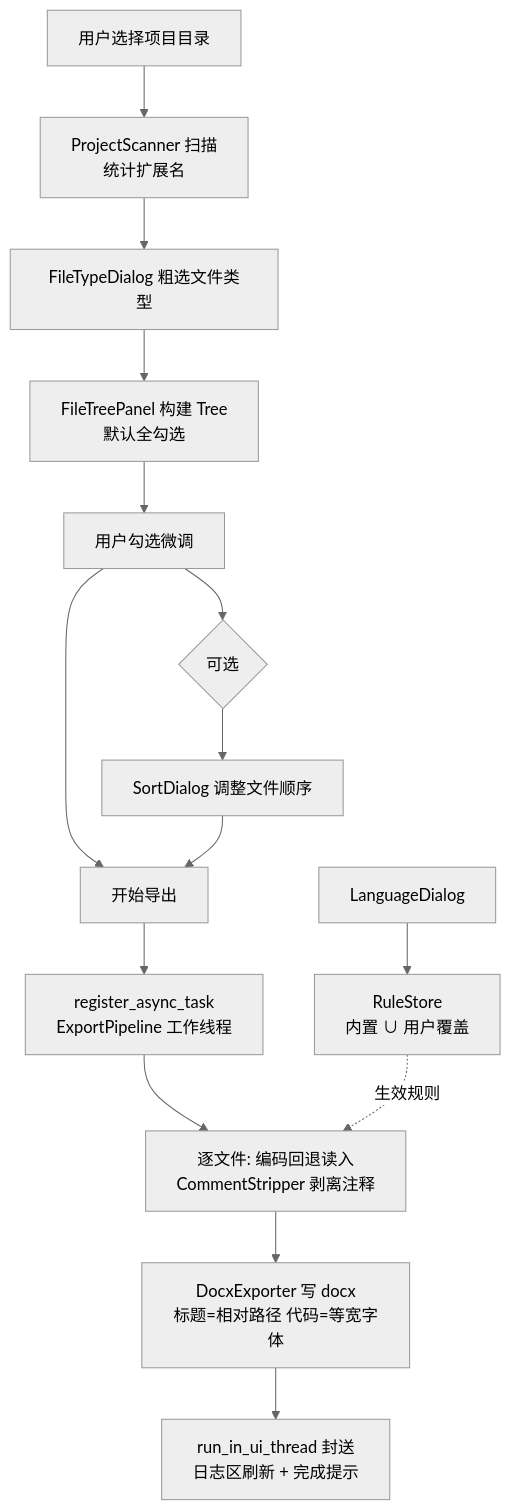
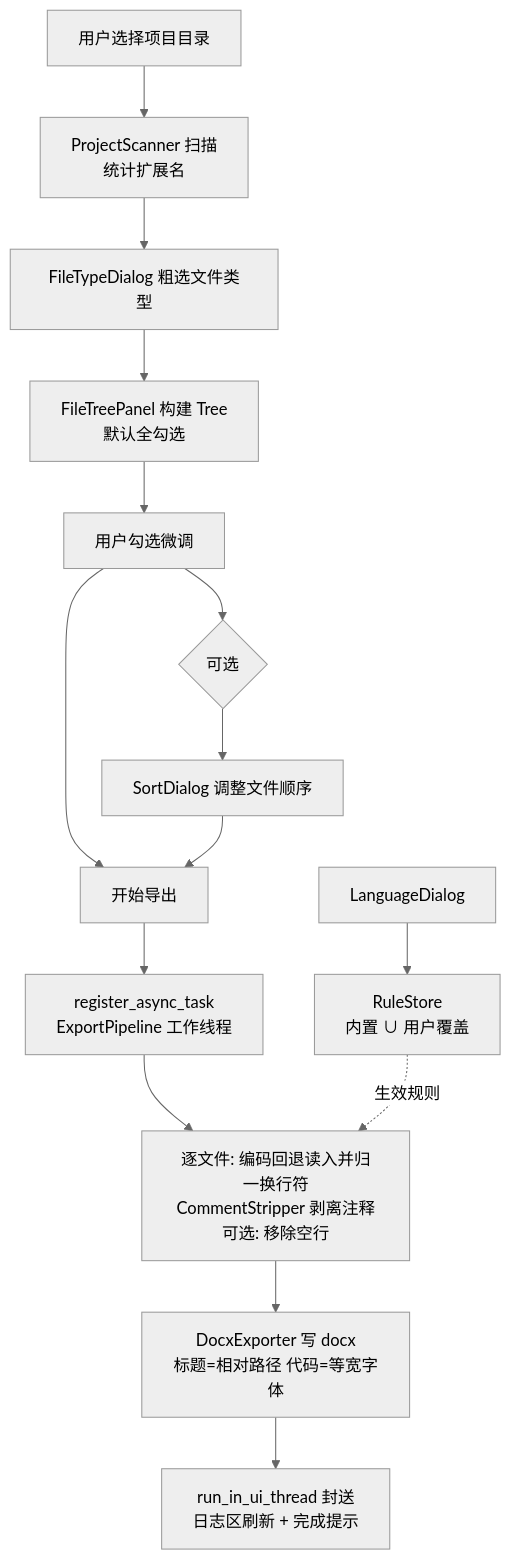
The first of 4 diagrams in pure-code/docs/req/2026-09-07/SPEC-pure-code-20260907.md (Ender-William/PureCode), drawn with Mermaid (neutral theme) before and after one commit. The commit also changed other lines of this file and 1 other file, not shown here.

````diff
--- a/pure-code/docs/req/2026-09-07/SPEC-pure-code-20260907.md
+++ b/pure-code/docs/req/2026-09-07/SPEC-pure-code-20260907.md
@@ -85,17 +91,17 @@
 ```mermaid
 flowchart TD
     A[用户选择项目目录] --> B[ProjectScanner 扫描<br/>统计扩展名]
     B --> C[FileTypeDialog 粗选文件类型]
     C --> D[FileTreePanel 构建 Tree<br/>默认全勾选]
     D --> E[用户勾选微调]
     E --> F{可选}
     F --> G[SortDialog 调整文件顺序]
     E --> H[开始导出]
     G --> H
     H --> I[register_async_task<br/>ExportPipeline 工作线程]
-    I --> J[逐文件: 编码回退读入<br/>CommentStripper 剥离注释]
+    I --> J[逐文件: 编码回退读入并归一换行符<br/>CommentStripper 剥离注释<br/>可选: 移除空行]
     J --> K[DocxExporter 写 docx<br/>标题=相对路径 代码=等宽字体]
     K --> L[run_in_ui_thread 封送<br/>日志区刷新 + 完成提示]
     M[LanguageDialog] --> N[RuleStore<br/>内置 ∪ 用户覆盖]
     N -.生效规则.-> J
 ```
````
